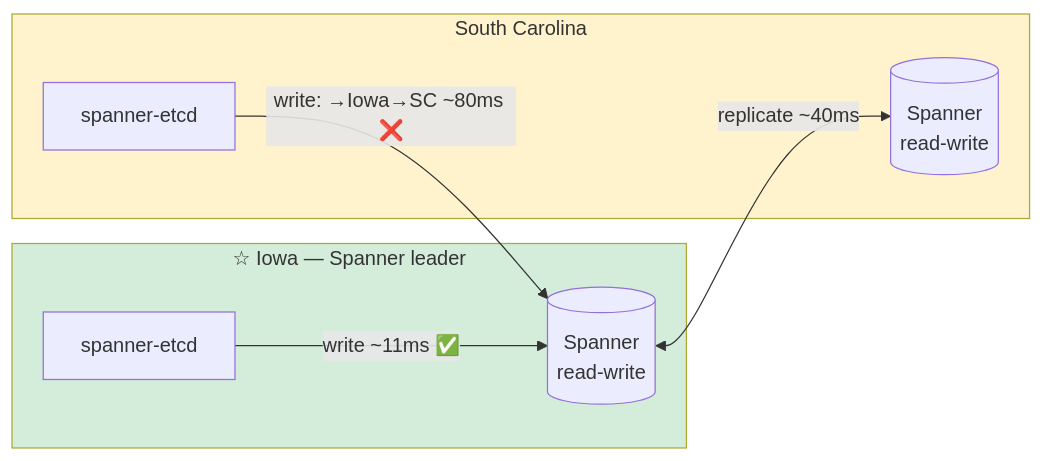
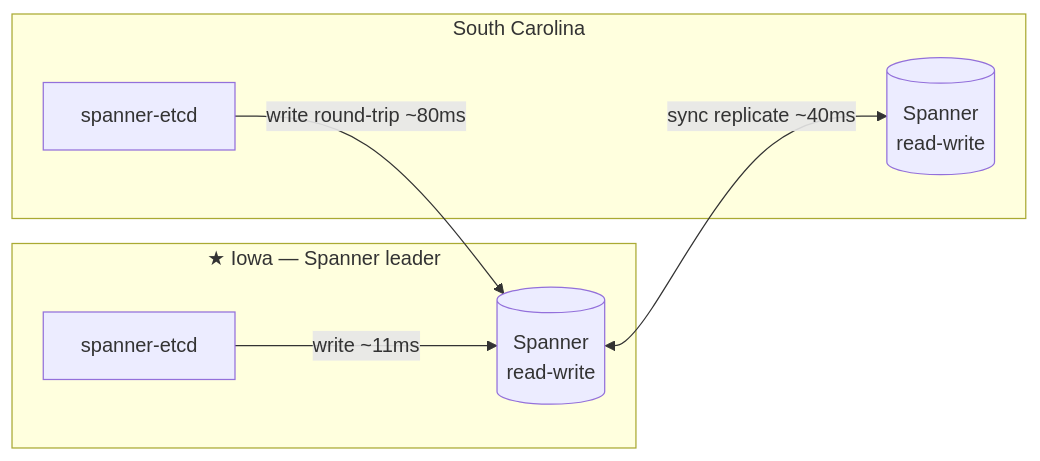
Before and after one commit to n0rm4l-me/spanner-etcd: the diagram in docs/performance.md, drawn with Mermaid.

Commit message:
docs: remove hardcoded colors from multi-region diagram for dark mode compatibility

````diff
--- a/docs/performance.md
+++ b/docs/performance.md
@@ -69,18 +69,15 @@
 ```mermaid
 graph LR
-    subgraph Iowa["☆ Iowa — Spanner leader"]
+    subgraph Iowa["★ Iowa — Spanner leader"]
         SE_IA["spanner-etcd"]
         SP_IA[("Spanner\nread-write")]
     end
     subgraph Carolina["South Carolina"]
         SE_SC["spanner-etcd"]
         SP_SC[("Spanner\nread-write")]
     end
 
-    SE_IA -->|"write ~11ms ✅"| SP_IA
-    SP_IA <-->|"replicate ~40ms"| SP_SC
-    SE_SC -->|"write: →Iowa→SC ~80ms ❌"| SP_IA
-
-    style Iowa fill:#d4edda
-    style Carolina fill:#fff3cd
+    SE_IA -->|"write ~11ms"| SP_IA
+    SP_IA <-->|"sync replicate ~40ms"| SP_SC
+    SE_SC -->|"write round-trip ~80ms"| SP_IA
 ```
````
